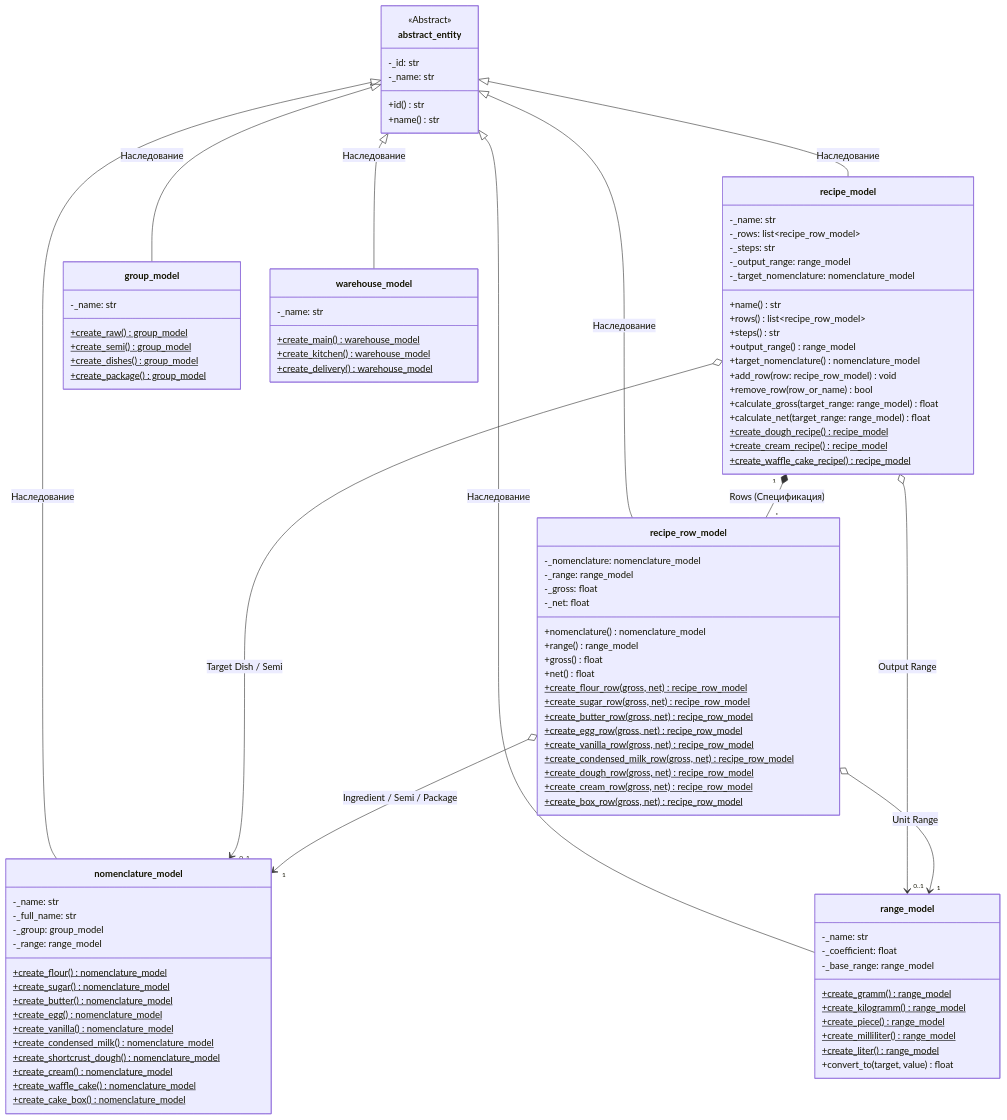
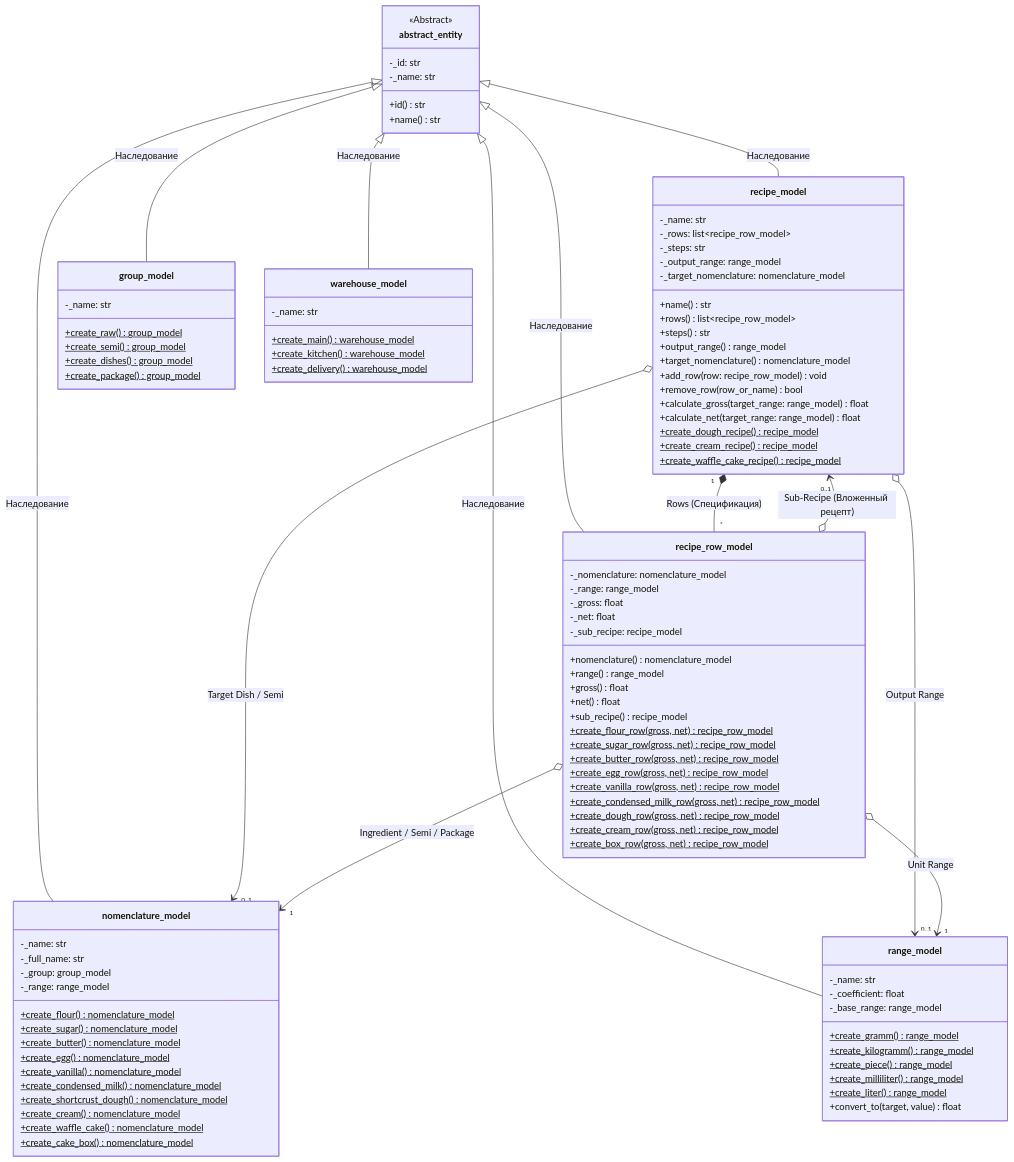
One commit to Alabaykin/patterns changed the third of 3 diagrams in Docs/Diagrams.md. Above: the diagram before and after it, drawn with Mermaid. The commit also changed other lines of this file and 3 other files, not shown here.

````diff
--- a/Docs/Diagrams.md
+++ b/Docs/Diagrams.md
@@ -238,10 +241,12 @@
         -_range: range_model
         -_gross: float
         -_net: float
+        -_sub_recipe: recipe_model
         +nomenclature() nomenclature_model
         +range() range_model
         +gross() float
         +net() float
+        +sub_recipe() recipe_model
         +create_flour_row(gross, net)$ recipe_row_model
         +create_sugar_row(gross, net)$ recipe_row_model
         +create_butter_row(gross, net)$ recipe_row_model
@@ -309,4 +314,5 @@
     recipe_model o--> "0..1" range_model : Output Range
     recipe_row_model o--> "1" nomenclature_model : Ingredient / Semi / Package
     recipe_row_model o--> "1" range_model : Unit Range
+    recipe_row_model o--> "0..1" recipe_model : Sub-Recipe (Вложенный рецепт)
 ```
````
